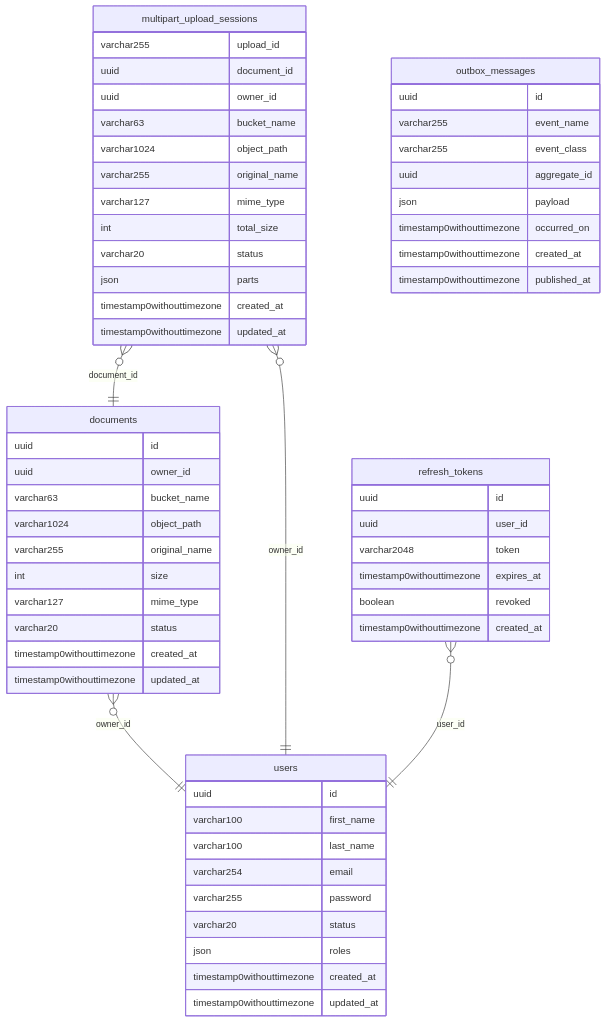
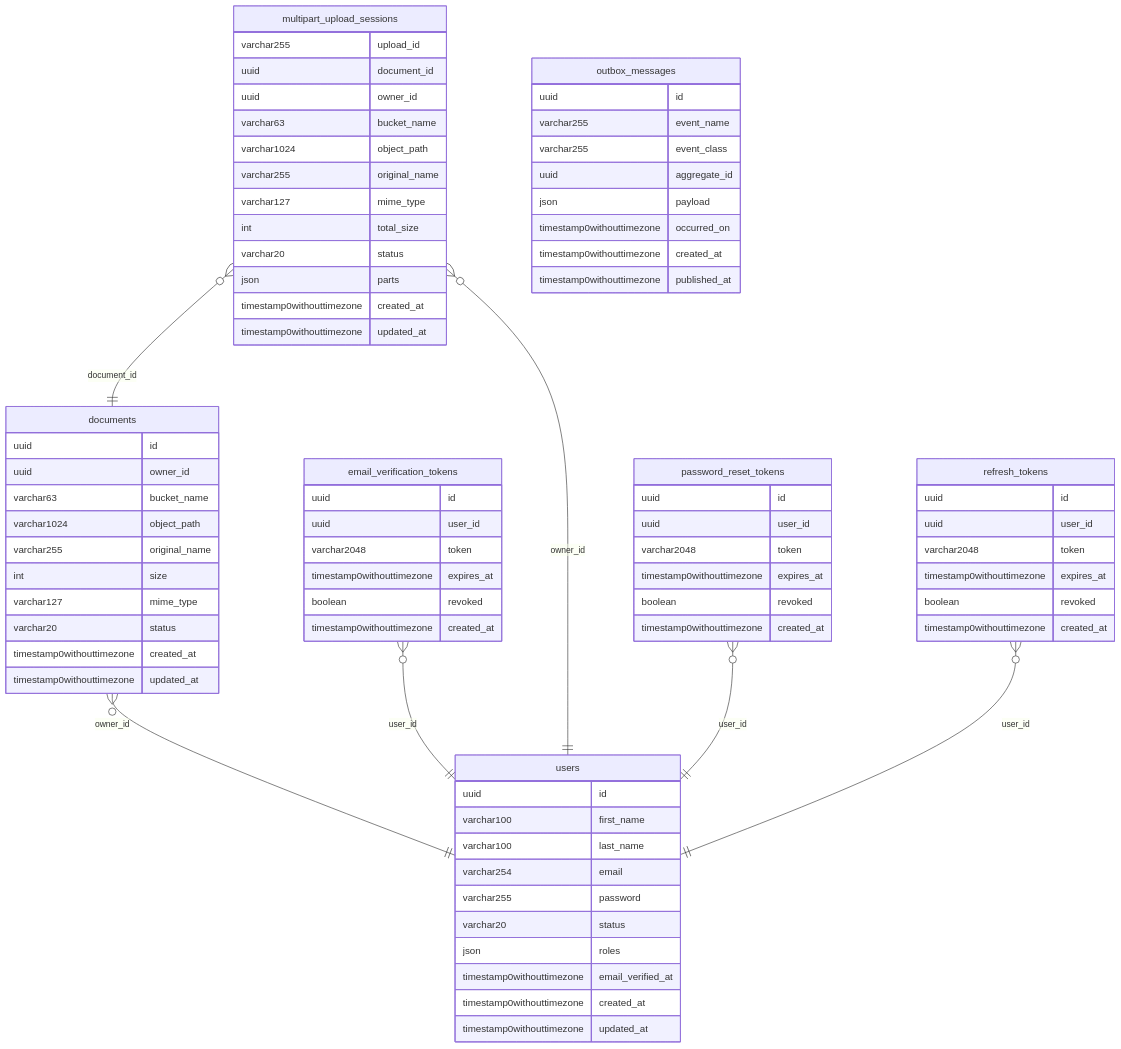
One commit to SorenMesselier-Sentis/template-ddd-symfony-api changed the diagram in docs/er-diagram.md. Above: the diagram before and after it, drawn with Mermaid.

Commit message:
chore: regenerate ER diagram

````diff
--- a/docs/er-diagram.md
+++ b/docs/er-diagram.md
@@ -3,62 +3,81 @@
 ```mermaid
 erDiagram
     documents {
         uuid id
         uuid owner_id
         varchar63 bucket_name
         varchar1024 object_path
         varchar255 original_name
         int size
         varchar127 mime_type
         varchar20 status
         timestamp0withouttimezone created_at
         timestamp0withouttimezone updated_at
+    }
+    email_verification_tokens {
+        uuid id
+        uuid user_id
+        varchar2048 token
+        timestamp0withouttimezone expires_at
+        boolean revoked
+        timestamp0withouttimezone created_at
     }
     multipart_upload_sessions {
         varchar255 upload_id
         uuid document_id
         uuid owner_id
         varchar63 bucket_name
         varchar1024 object_path
         varchar255 original_name
         varchar127 mime_type
         int total_size
         varchar20 status
         json parts
         timestamp0withouttimezone created_at
         timestamp0withouttimezone updated_at
     }
     outbox_messages {
         uuid id
         varchar255 event_name
         varchar255 event_class
         uuid aggregate_id
         json payload
         timestamp0withouttimezone occurred_on
         timestamp0withouttimezone created_at
         timestamp0withouttimezone published_at
     }
+    password_reset_tokens {
+        uuid id
+        uuid user_id
+        varchar2048 token
+        timestamp0withouttimezone expires_at
+        boolean revoked
+        timestamp0withouttimezone created_at
+    }
     refresh_tokens {
         uuid id
         uuid user_id
         varchar2048 token
         timestamp0withouttimezone expires_at
         boolean revoked
         timestamp0withouttimezone created_at
     }
     users {
         uuid id
         varchar100 first_name
         varchar100 last_name
         varchar254 email
         varchar255 password
         varchar20 status
         json roles
+        timestamp0withouttimezone email_verified_at
         timestamp0withouttimezone created_at
         timestamp0withouttimezone updated_at
     }
     documents }o--|| users : "owner_id"
+    email_verification_tokens }o--|| users : "user_id"
     multipart_upload_sessions }o--|| documents : "document_id"
     multipart_upload_sessions }o--|| users : "owner_id"
+    password_reset_tokens }o--|| users : "user_id"
     refresh_tokens }o--|| users : "user_id"
 ```
````
